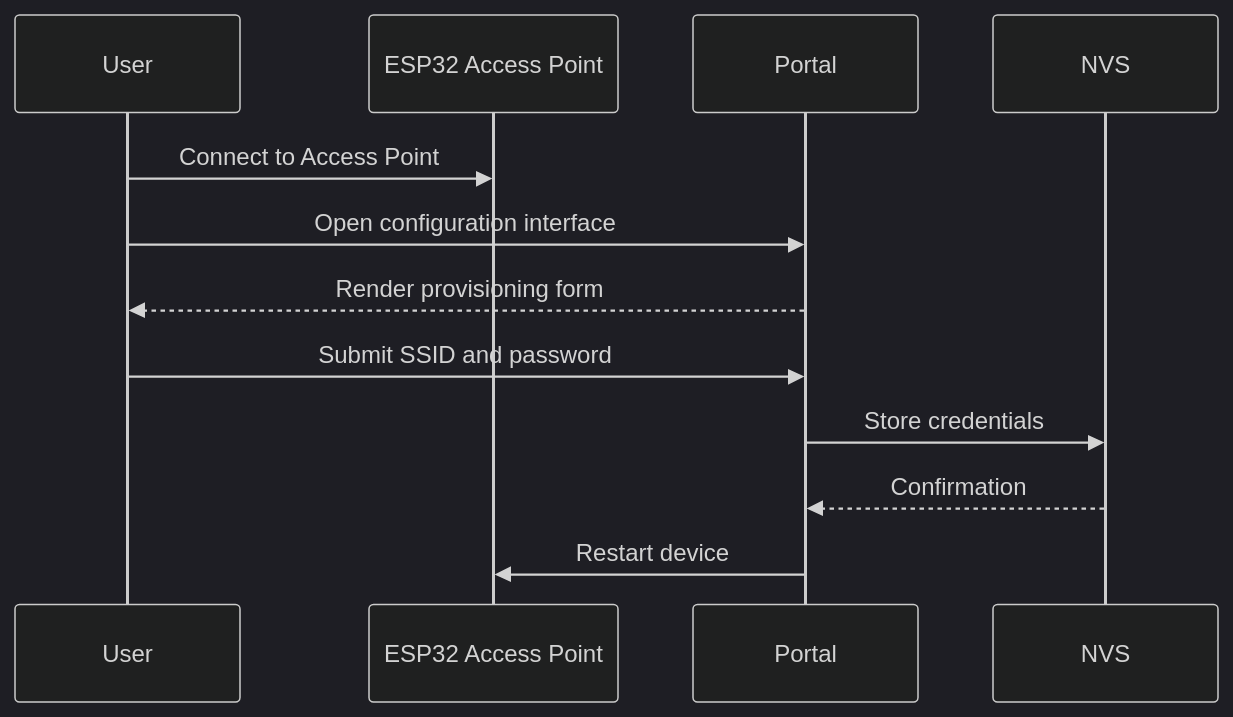
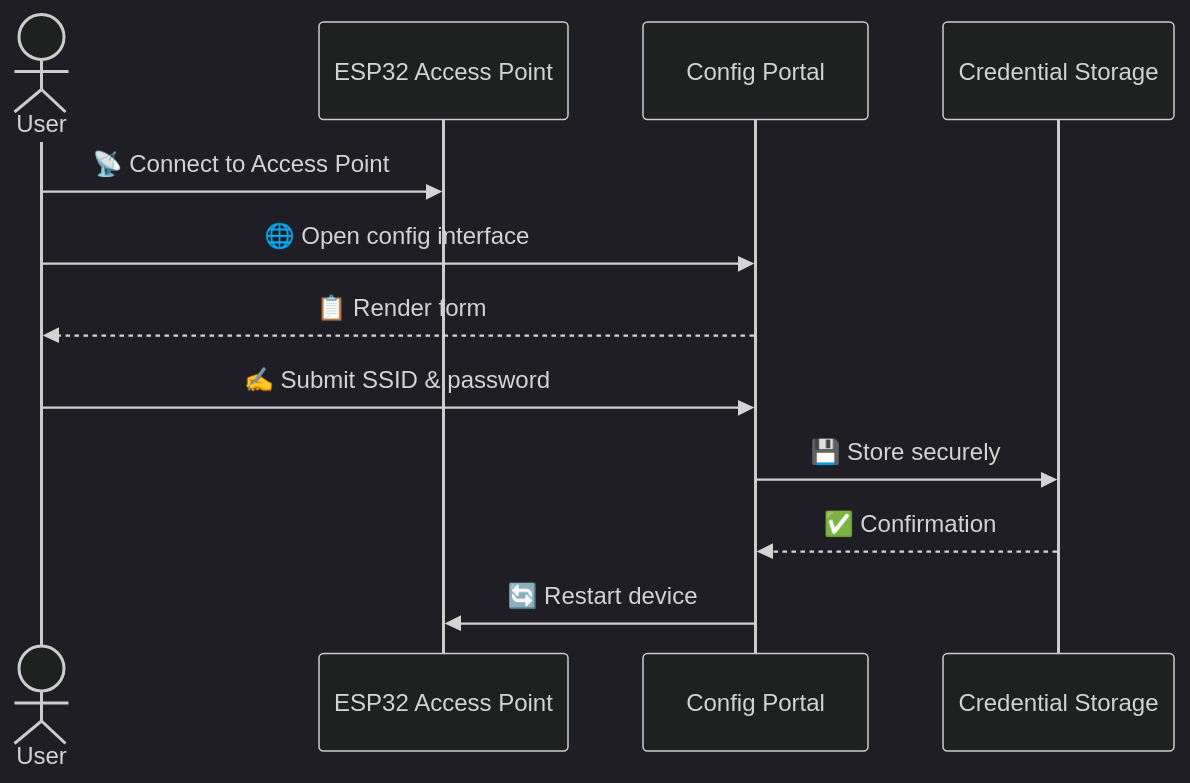
The third of 5 diagrams in README.md (paulocfmarques-collab/esp32_wifi), drawn with Mermaid (dark theme) before and after one commit. The commit also changed other lines of this file, not shown here.

````diff
--- a/README.md
+++ b/README.md
@@ -113,15 +175,15 @@
 ```mermaid
 sequenceDiagram
-    participant User
+    actor User
     participant AP as ESP32 Access Point
-    participant Portal
-    participant NVS
+    participant Portal as Config Portal
+    participant NVS as Credential Storage
 
-    User->>AP: Connect to Access Point
-    User->>Portal: Open configuration interface
-    Portal-->>User: Render provisioning form
-    User->>Portal: Submit SSID and password
-    Portal->>NVS: Store credentials
-    NVS-->>Portal: Confirmation
-    Portal->>AP: Restart device
+    User->>AP: 📡 Connect to Access Point
+    User->>Portal: 🌐 Open config interface
+    Portal-->>User: 📋 Render form
+    User->>Portal: ✍️ Submit SSID & password
+    Portal->>NVS: 💾 Store securely
+    NVS-->>Portal: ✅ Confirmation
+    Portal->>AP: 🔄 Restart device
 ```
````
